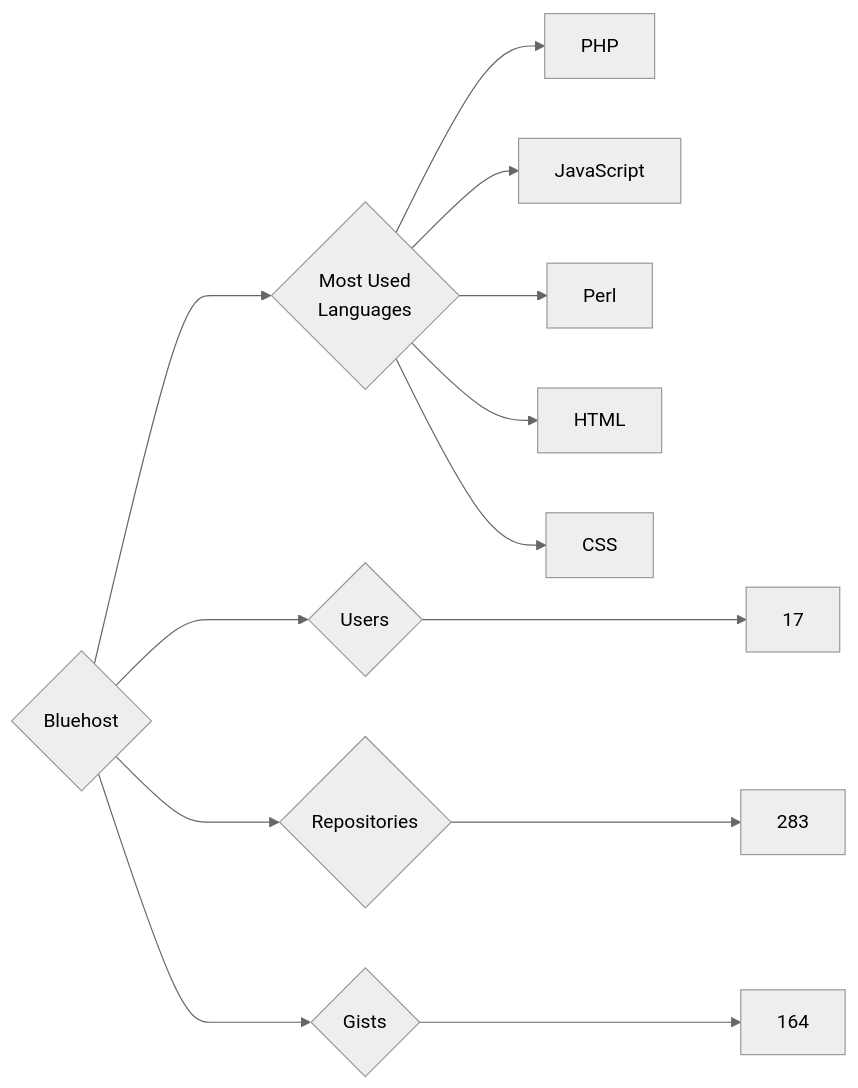
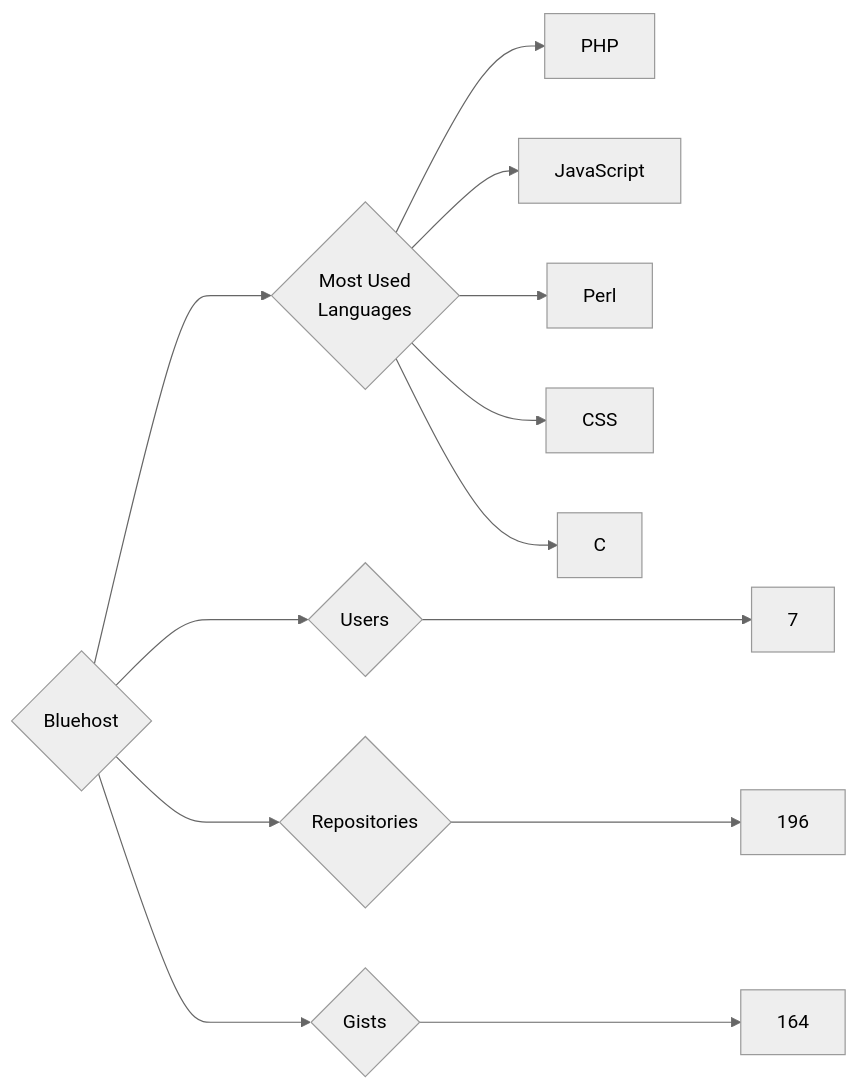
The diagram in targets/Bluehost/README.md (trickest/insiders), drawn with Mermaid (neutral theme) before and after one commit. The commit also changed 847 other files, not shown here.

````diff
--- a/targets/Bluehost/README.md
+++ b/targets/Bluehost/README.md
@@ -3,13 +3,13 @@
 ```mermaid
 graph LR
 COMPANY_NAME{Bluehost}
-COMPANY_NAME ---> U{Users} ---> UN[17]
-COMPANY_NAME ---> R{Repositories} ---> RN[283]
+COMPANY_NAME ---> U{Users} ---> UN[7]
+COMPANY_NAME ---> R{Repositories} ---> RN[196]
 COMPANY_NAME ---> G{Gists} ---> GN[164]
 COMPANY_NAME ---> ML{Most Used<br>Languages}
 ML --> PHP[PHP]
 ML --> JavaScript[JavaScript]
 ML --> Perl[Perl]
-ML --> HTML[HTML]
 ML --> CSS[CSS]
+ML --> C[C]
 ```
````
